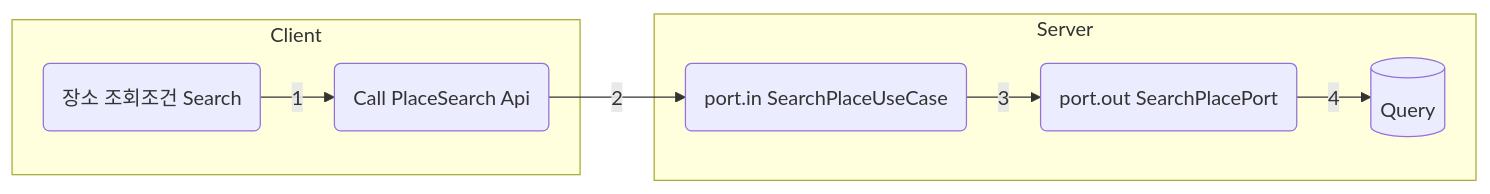
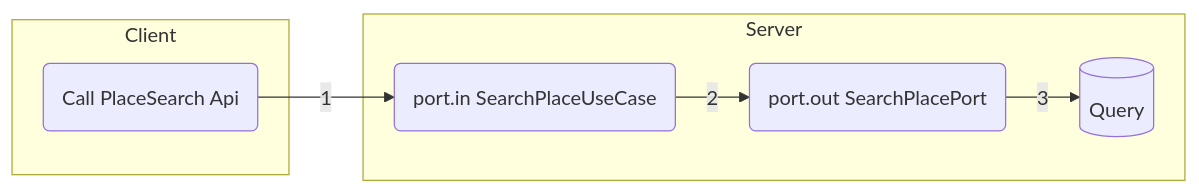
Before and after one commit to cbnu12/koc-new: the third of 3 diagrams in src/main/java/com/koc/place/place.usecase.md, drawn with Mermaid. The commit also changed other lines of this file, not shown here.

Commit message:
WIP: Define UseCase

````diff
--- a/src/main/java/com/koc/place/place.usecase.md
+++ b/src/main/java/com/koc/place/place.usecase.md
@@ -53,10 +58,10 @@
 ```mermaid
 flowchart LR
     subgraph Client
-        A1("장소 조회조건 Search") -->|1| A2("Call PlaceSearch Api")
+        A1("Call PlaceSearch Api")
     end
     subgraph Server
-        A2 -->|2| A'1
-        A'1("port.in SearchPlaceUseCase") -->|3| A'2("port.out SearchPlacePort") -->|4| A'3[("Query")]
+        A1 -->|1| A`1
+        A`1("port.in SearchPlaceUseCase") -->|2| A'2("port.out SearchPlacePort") -->|3| A'3[("Query")]
     end
 ```
````
